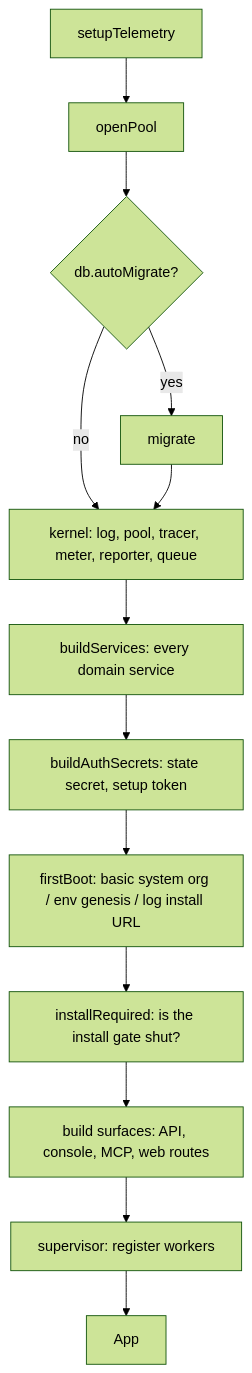
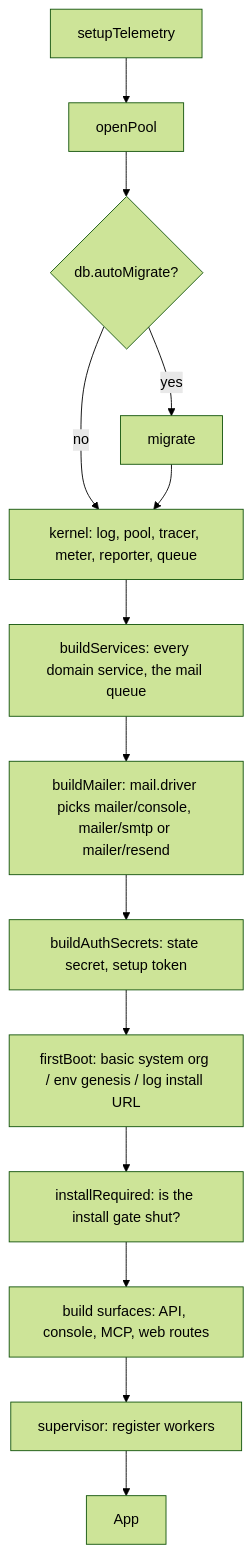
Before and after one commit to altalune-id/oagent: the first of 3 diagrams in internal/boot/README.md, drawn with Mermaid (forest theme). The commit also changed other lines of this file and 42 other files, not shown here.

Commit message:
feat(mailqueue): sealed, transactional mail queue with a retrying worker

````diff
--- a/internal/boot/README.md
+++ b/internal/boot/README.md
@@ -14,15 +14,16 @@
 ```mermaid
 flowchart TD
     A[setupTelemetry] --> B[openPool]
     B --> C{db.autoMigrate?}
     C -- yes --> D[migrate]
     C -- no --> E
     D --> E[kernel: log, pool, tracer, meter, reporter, queue]
-    E --> F[buildServices: every domain service]
-    F --> G[buildAuthSecrets: state secret, setup token]
+    E --> F[buildServices: every domain service, the mail queue]
+    F --> M[buildMailer: mail.driver picks mailer/console, mailer/smtp or mailer/resend]
+    M --> G[buildAuthSecrets: state secret, setup token]
     G --> H[firstBoot: basic system org / env genesis / log install URL]
     H --> I[installRequired: is the install gate shut?]
     I --> J[build surfaces: API, console, MCP, web routes]
     J --> K[supervisor: register workers]
     K --> L[App]
 ```
````
